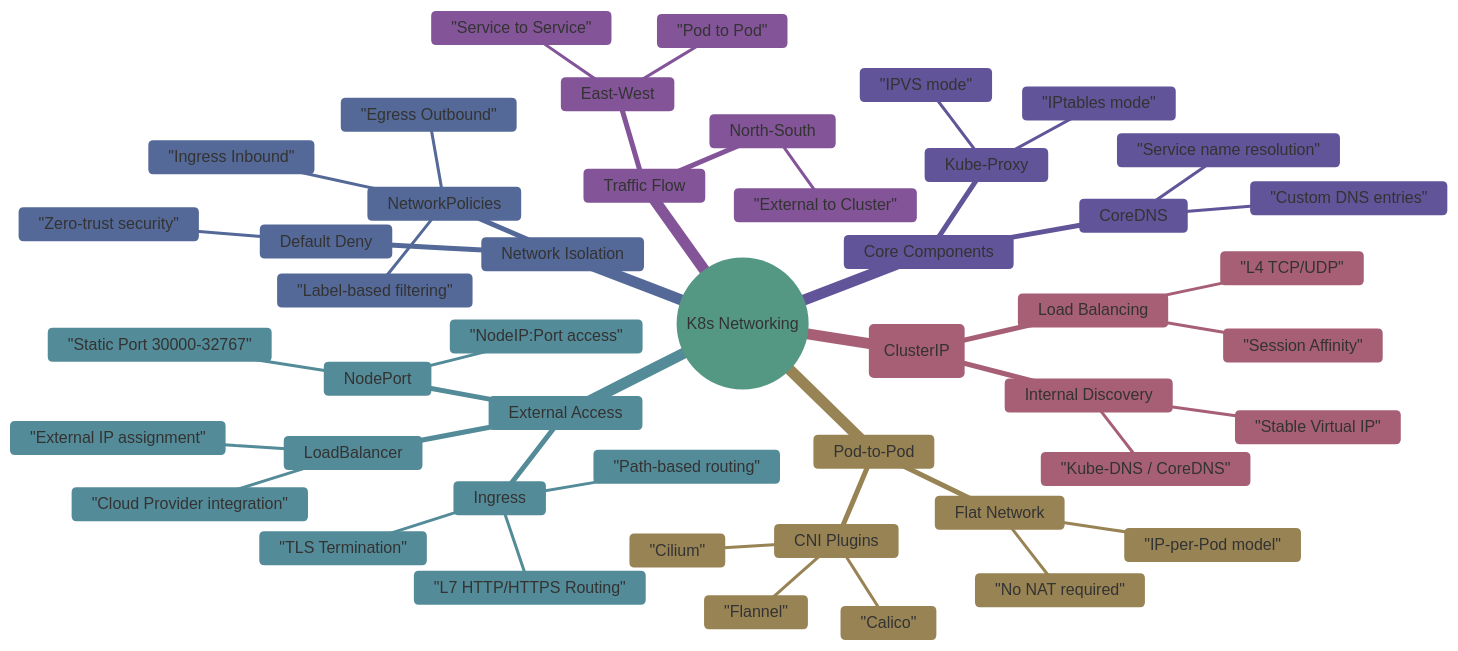
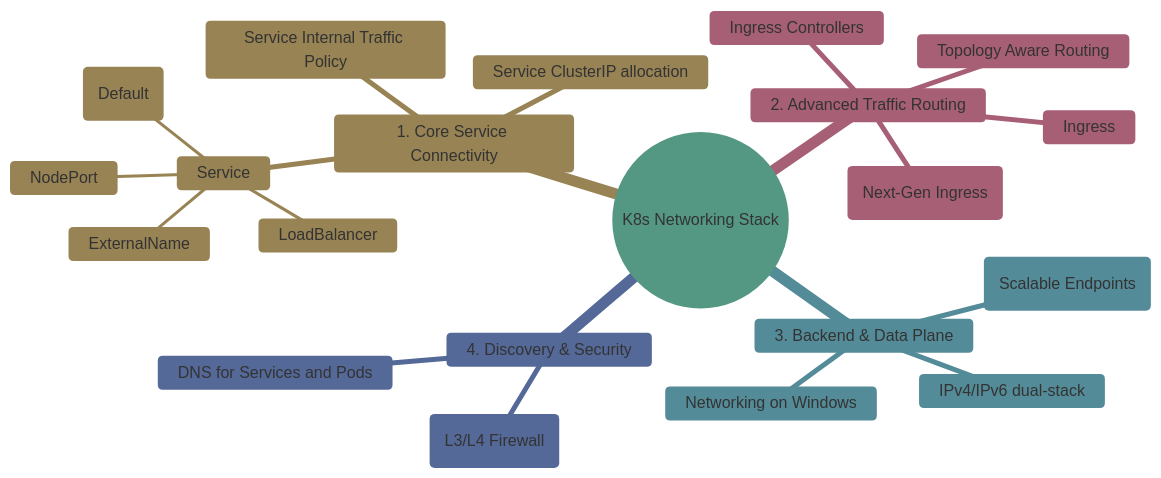
The diagram in 04-networking/readme.md (Aravind-devops-1/devops_ganesh), drawn with Mermaid before and after one commit. The commit also changed other lines of this file, not shown here.

````diff
--- a/04-networking/readme.md
+++ b/04-networking/readme.md
@@ -3,56 +2,28 @@
 ```mermaid
 %%{init: {'theme': 'base', 'themeVariables': { 'primaryColor': '#a1cbbeff', 'primaryTextColor': '#333', 'primaryBorderColor': '#333', 'lineColor': '#aba0a0ff' }}}%%
 mindmap
-  root((K8s Networking))
-    Pod-to-Pod
-      Flat Network
-        "IP-per-Pod model"
-        "No NAT required"
-      CNI Plugins
-        "Calico"
-        "Flannel"
-        "Cilium"
+  root((K8s Networking Stack))
+    1. Core Service Connectivity
+      Service
+        ClusterIP (Default)
+        NodePort
+        LoadBalancer
+        ExternalName
+      Service ClusterIP allocation
+      Service Internal Traffic Policy
     
-    Service (ClusterIP)
-      Internal Discovery
-        "Stable Virtual IP"
-        "Kube-DNS / CoreDNS"
-      Load Balancing
-        "L4 TCP/UDP"
-        "Session Affinity"
-
-    External Access
-      NodePort
-        "Static Port 30000-32767"
-        "NodeIP:Port access"
-      LoadBalancer
-        "Cloud Provider integration"
-        "External IP assignment"
+    2. Advanced Traffic Routing
       Ingress
-        "L7 HTTP/HTTPS Routing"
-        "Path-based routing"
-        "TLS Termination"
-
-    Network Isolation
-      NetworkPolicies
-        "Egress Outbound"
-        "Ingress Inbound"
-        "Label-based filtering"
-      Default Deny
-        "Zero-trust security"
-
-    Core Components
-      Kube-Proxy
-        "IPtables mode"
-        "IPVS mode"
-      CoreDNS
-        "Service name resolution"
-        "Custom DNS entries"
-
-    Traffic Flow
-      North-South
-        "External to Cluster"
-      East-West
-        "Pod to Pod"
-        "Service to Service"
+      Ingress Controllers
+      Gateway API (Next-Gen Ingress)
+      Topology Aware Routing
+    
+    3. Backend & Data Plane
+      EndpointSlices (Scalable Endpoints)
+      IPv4/IPv6 dual-stack
+      Networking on Windows
+    
+    4. Discovery & Security
+      DNS for Services and Pods
+      Network Policies (L3/L4 Firewall)
 ```
````
